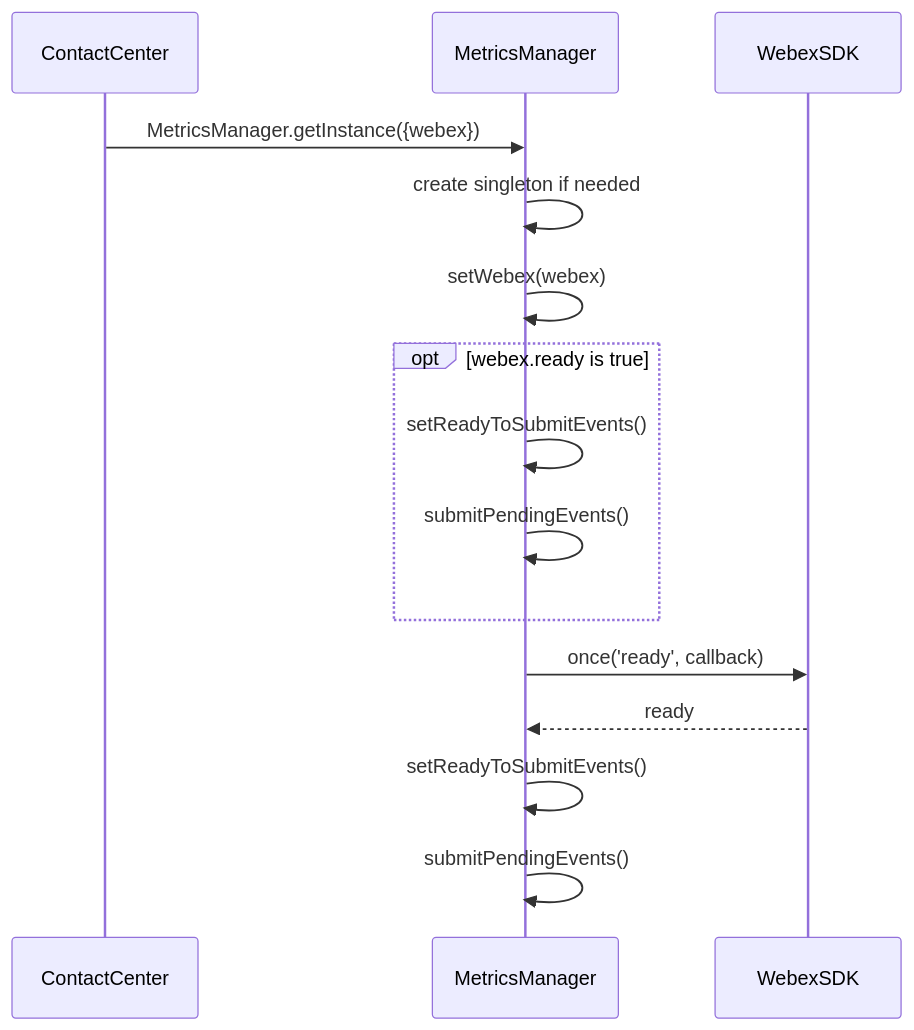
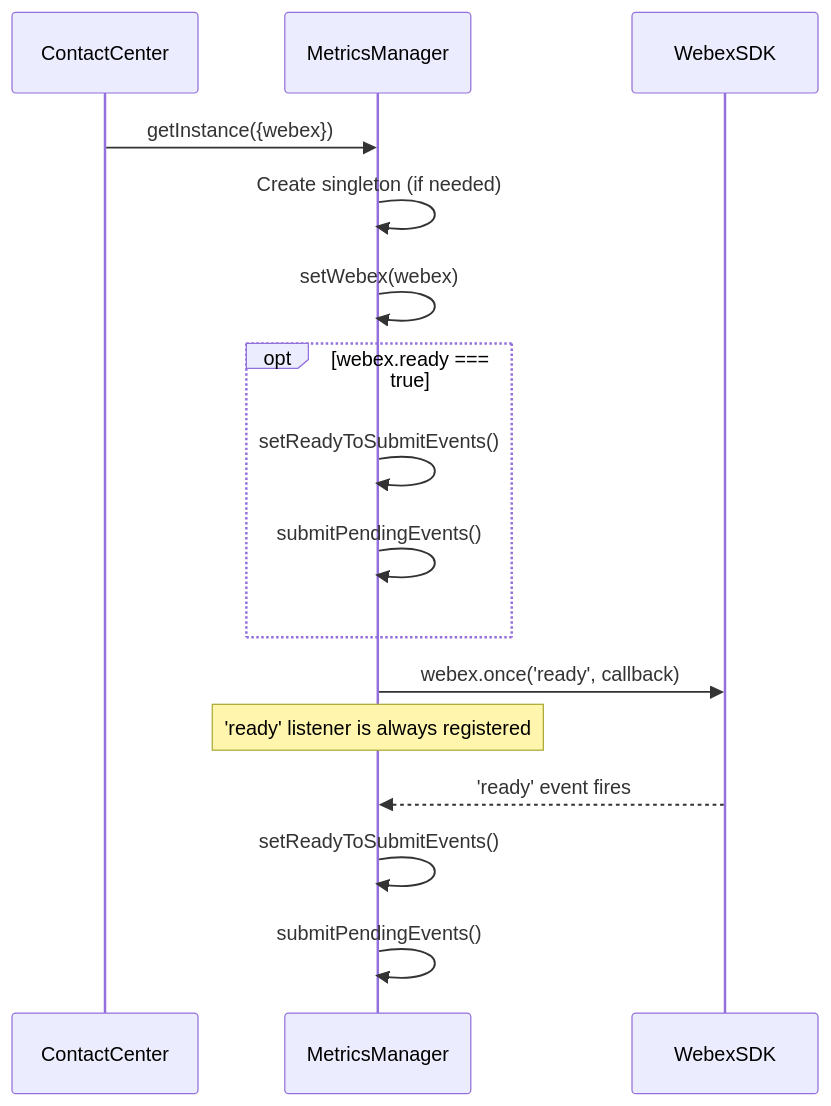
The third of 4 diagrams in packages/@webex/contact-center/src/metrics/ai-docs/ARCHITECTURE.md (webex/webex-js-sdk), drawn with Mermaid before and after one commit. The commit also changed other lines of this file and 12 other files, not shown here.

Commit message:
fix(contact-center): address summary review feedback

````diff
--- a/packages/@webex/contact-center/src/metrics/ai-docs/ARCHITECTURE.md
+++ b/packages/@webex/contact-center/src/metrics/ai-docs/ARCHITECTURE.md
@@ -85,18 +125,19 @@
 ```mermaid
 sequenceDiagram
-  participant CC as ContactCenter
-  participant Metrics as MetricsManager
-  participant Webex as WebexSDK
+    participant CC as ContactCenter
+    participant MM as MetricsManager
+    participant Webex as WebexSDK
 
-  CC->>Metrics: MetricsManager.getInstance({webex})
-  Metrics->>Metrics: create singleton if needed
-  Metrics->>Metrics: setWebex(webex)
-  opt webex.ready is true
-    Metrics->>Metrics: setReadyToSubmitEvents()
-    Metrics->>Metrics: submitPendingEvents()
-  end
-  Metrics->>Webex: once('ready', callback)
-  Webex-->>Metrics: ready
-  Metrics->>Metrics: setReadyToSubmitEvents()
-  Metrics->>Metrics: submitPendingEvents()
+    CC->>MM: getInstance({webex})
+    MM->>MM: Create singleton (if needed)
+    MM->>MM: setWebex(webex)
+    opt webex.ready === true
+        MM->>MM: setReadyToSubmitEvents()
+        MM->>MM: submitPendingEvents()
+    end
+    MM->>Webex: webex.once('ready', callback)
+    Note over MM: 'ready' listener is always registered
+    Webex-->>MM: 'ready' event fires
+    MM->>MM: setReadyToSubmitEvents()
+    MM->>MM: submitPendingEvents()
 ```
````
